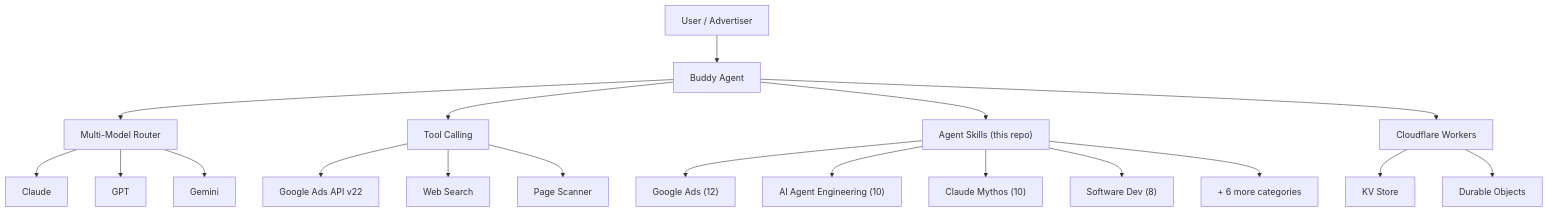
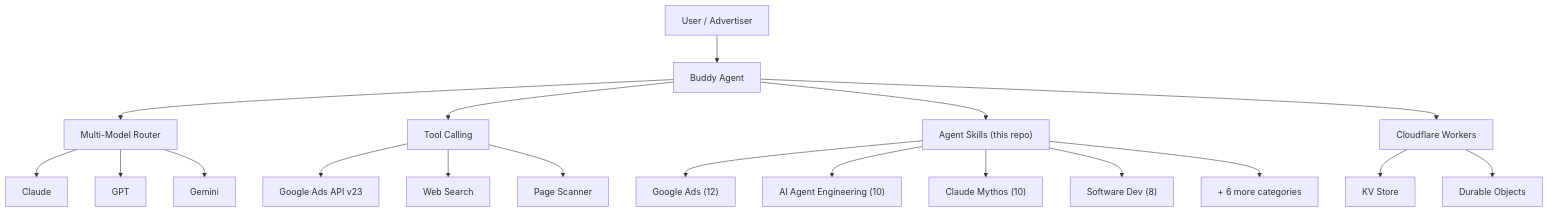
One commit to itallstartedwithaidea/agent-skills changed the diagram in README.md. Above: the diagram before and after it, drawn with Mermaid.

Commit message:
chore: Update Google Ads API version v22 → v23 in README
Made-with: Cursor

````diff
--- a/README.md
+++ b/README.md
@@ -193,25 +193,25 @@
 ```mermaid
 graph TB
     User["User / Advertiser"] --> Buddy["Buddy Agent"]
 
     Buddy --> Router["Multi-Model Router"]
     Router --> Claude["Claude"]
     Router --> GPT["GPT"]
     Router --> Gemini["Gemini"]
 
     Buddy --> Tools["Tool Calling"]
-    Tools --> GAds["Google Ads API v22"]
+    Tools --> GAds["Google Ads API v23"]
     Tools --> WebSearch["Web Search"]
     Tools --> PageScanner["Page Scanner"]
 
     Buddy --> Skills["Agent Skills (this repo)"]
     Skills --> GoogleAds["Google Ads (12)"]
     Skills --> AgentEng["AI Agent Engineering (10)"]
     Skills --> ClaudeMythos["Claude Mythos (10)"]
     Skills --> SoftwareDev["Software Dev (8)"]
     Skills --> OtherCats["+ 6 more categories"]
 
     Buddy --> CF["Cloudflare Workers"]
     CF --> KV["KV Store"]
     CF --> DO["Durable Objects"]
 ```
````
